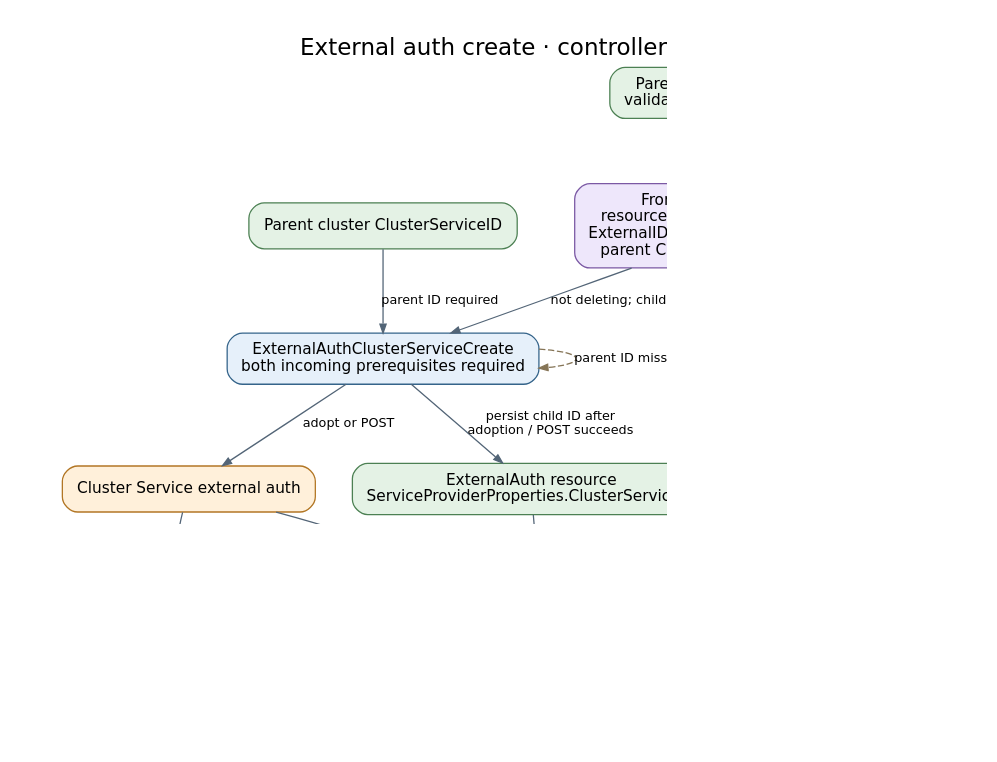
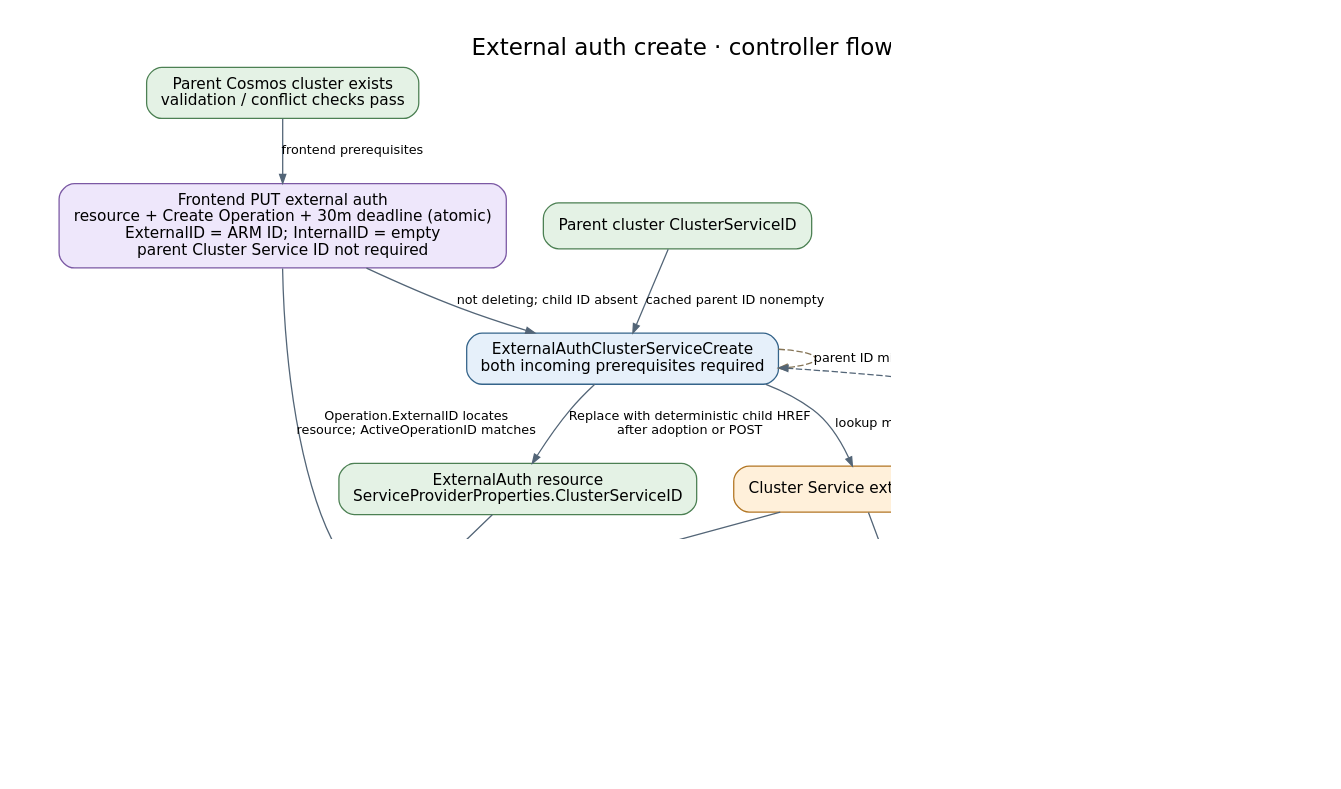
Before and after one commit to Azure/ARO-HCP: the diagram in docs/generated/diagrams/controller-flows/externalauth-create.dot, drawn with Graphviz. The commit also changed 48 other files, not shown here.

Commit message:
docs: sync the service-provider controller flow reference

```diff
--- a/docs/generated/diagrams/controller-flows/externalauth-create.dot
+++ b/docs/generated/diagrams/controller-flows/externalauth-create.dot
@@ -1,26 +1,29 @@
 digraph externalauth_create {
   graph [rankdir=TB, bgcolor="white", pad="0.3", nodesep="0.4", ranksep="0.55", fontname="DejaVu Sans", fontsize=18, labelloc=t, label="External auth create · controller flow", dpi=110];
   node [shape=box, style="rounded,filled", fillcolor="#e6f0fa", color="#35648a", fontname="DejaVu Sans", fontsize=12, margin="0.16,0.10"];
   edge [color="#536577", fontname="DejaVu Sans", fontsize=10, arrowsize=0.7];
-  api [label="Frontend PUT external auth\nresource + Create Operation (atomic)\nExternalID = ARM ID; InternalID = empty\nparent Cluster Service ID not required", fillcolor="#eee7fb", color="#7b59a4"];
+  api [label="Frontend PUT external auth\nresource + Create Operation + 30m deadline (atomic)\nExternalID = ARM ID; InternalID = empty\nparent Cluster Service ID not required", fillcolor="#eee7fb", color="#7b59a4"];
   exists [label="Parent Cosmos cluster exists\nvalidation / conflict checks pass", fillcolor="#e4f2e5", color="#4c8053"];
   parent [label="Parent cluster ClusterServiceID", fillcolor="#e4f2e5", color="#4c8053"];
   create [label="ExternalAuthClusterServiceCreate\nboth incoming prerequisites required", fillcolor="#e6f0fa", color="#35648a"];
   child [label="ExternalAuth resource\nServiceProviderProperties.ClusterServiceID", fillcolor="#e4f2e5", color="#4c8053"];
   cs [label="Cluster Service external auth", fillcolor="#fff0da", color="#b27624"];
-  op [label="OperationExternalAuthCreate\nmatching active operation + resource ID\n+ successful Cluster Service GET", fillcolor="#e6f0fa", color="#35648a"];
+  op [label="OperationExternalAuthCreate\nmatching active operation + resource ID\nnondeleting; missing CS ID waits\n30m deadline despite observation errors", fillcolor="#e6f0fa", color="#35648a"];
+  failed [label="ARM Create Failed\nexpired pending/error: DeadlineExceeded", fillcolor="#fbe4e4", color="#9b4d4d"];
+  op -> failed [label="pending or observation error\nstrictly past persisted deadline"];
   done [label="ARM Create Operation Succeeded", fillcolor="#e4f2e5", color="#4c8053"];
   external [label="Downstream authentication rollout\nmanaged outside this poller", fillcolor="#fff0da", color="#b27624"];
   exists -> api [label="frontend prerequisites"];
   api -> create [label="not deleting; child ID absent"];
-  parent -> create [label="parent ID required"];
+  parent -> create [label="cached parent ID nonempty"];
   create -> create [label="parent ID missing: retry", style=dashed, color="#857456", constraint=false];
-  create -> cs [label="adopt or POST"];
-  create -> child [label="persist child ID after\nadoption / POST succeeds"];
+  cs -> create [label="GET deterministic child HREF: adopt on hit", style=dashed, constraint=false];
+  create -> cs [label="lookup miss: POST external auth"];
+  create -> child [label="Replace with deterministic child HREF\nafter adoption or POST"];
   api -> op [label="Operation.ExternalID locates\nresource; ActiveOperationID matches"];
   child -> op [label="read ID from resource"];
   cs -> op [label="GET succeeds"];
   op -> done [label="resource existence confirms\ncompletion"];
   cs -> external [label="external desired configuration"];
   op -> op [label="pending: observe again", style=dashed, color="#857456", constraint=false];
 }
```
